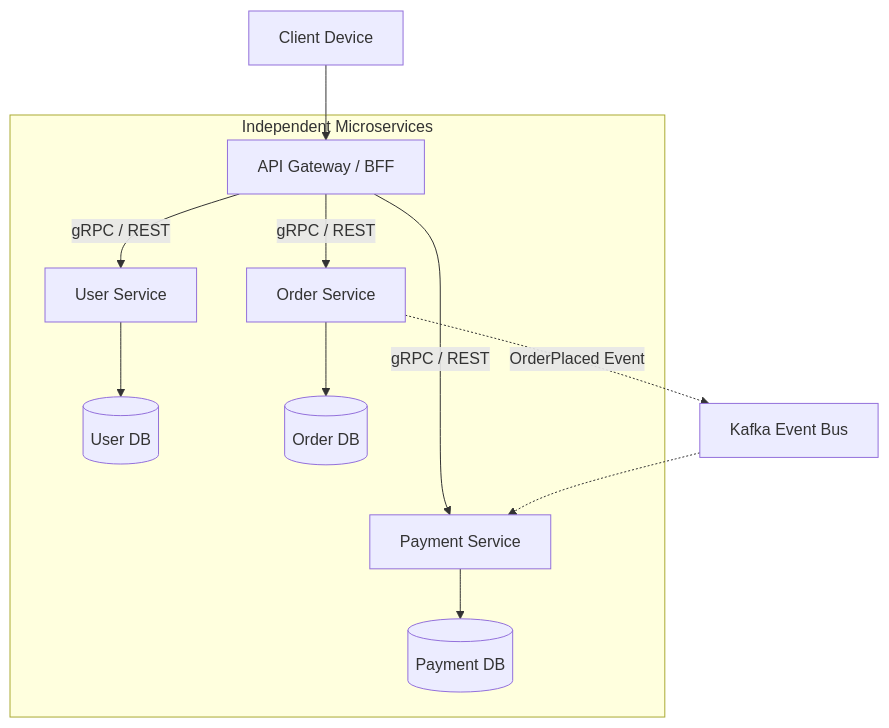
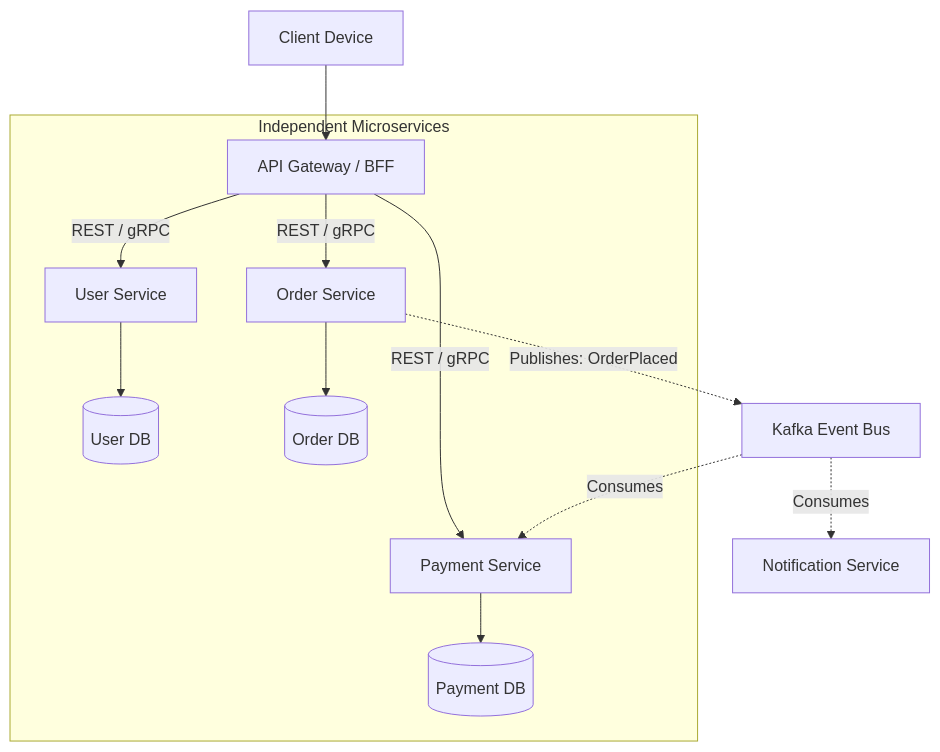
Before and after one commit to Sujalkathait/high-level-design: the diagram in 02-architecture/microservices.md, drawn with Mermaid. The commit also changed other lines of this file and 41 other files, not shown here.

````diff
--- a/02-architecture/microservices.md
+++ b/02-architecture/microservices.md
@@ -20,17 +13,18 @@
 ```mermaid
 flowchart TD
     Client[Client Device] --> Gateway[API Gateway / BFF]
     
     subgraph MicroserviceCluster [Independent Microservices]
-        Gateway -->|gRPC / REST| UserSvc[User Service]
-        Gateway -->|gRPC / REST| OrderSvc[Order Service]
-        Gateway -->|gRPC / REST| PaymentSvc[Payment Service]
+        Gateway -->|REST / gRPC| UserSvc[User Service]
+        Gateway -->|REST / gRPC| OrderSvc[Order Service]
+        Gateway -->|REST / gRPC| PaymentSvc[Payment Service]
         
         UserSvc --> UserDB[(User DB)]
         OrderSvc --> OrderDB[(Order DB)]
         PaymentSvc --> PaymentDB[(Payment DB)]
     end
 
-    OrderSvc -.->|OrderPlaced Event| EventBus[Kafka Event Bus]
-    EventBus -.-> PaymentSvc
+    OrderSvc -.->|Publishes: OrderPlaced| EventBus[Kafka Event Bus]
+    EventBus -.->|Consumes| PaymentSvc
+    EventBus -.->|Consumes| NotificationSvc[Notification Service]
 ```
````
